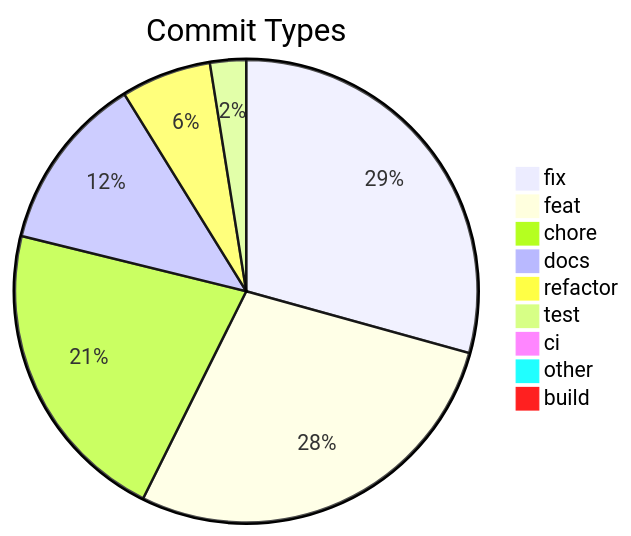
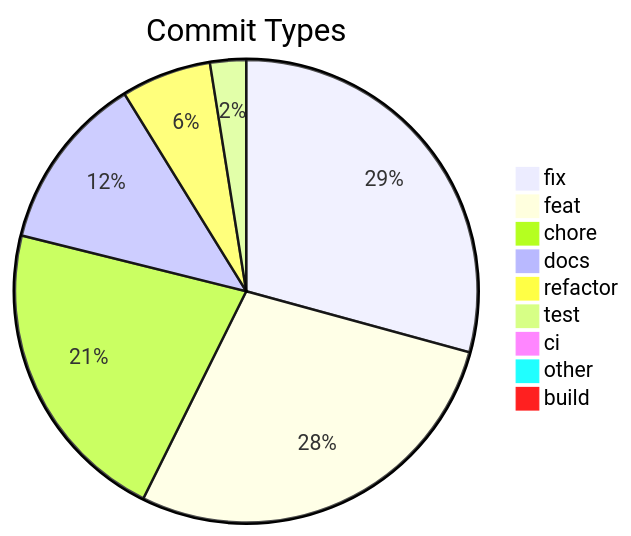
One commit to svenroth-ai/shipwright changed the diagram in .shipwright/compliance/change-history.md. Above: the diagram before and after it, drawn with Mermaid. The commit also changed other lines of this file and 8 other files, not shown here.

````diff
--- a/.shipwright/compliance/change-history.md
+++ b/.shipwright/compliance/change-history.md
@@ -8,12 +8,12 @@
 ```mermaid
 pie title Commit Types
     "fix" : 349
-    "feat" : 334
-    "chore" : 256
+    "feat" : 335
+    "chore" : 257
     "docs" : 147
     "refactor" : 75
     "test" : 30
     "ci" : 11
     "other" : 9
     "build" : 1
 ```
````
